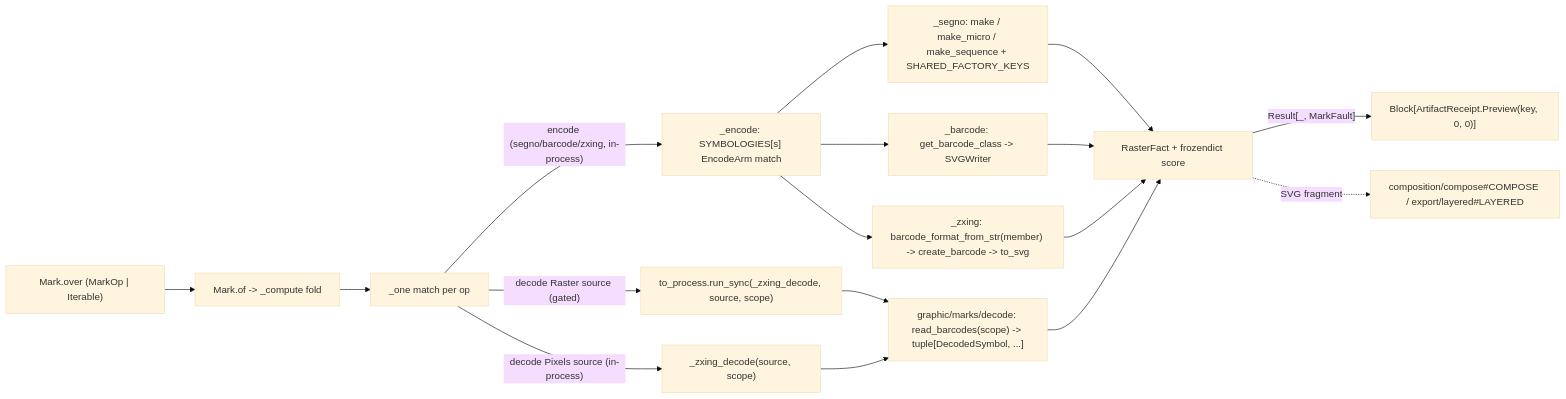
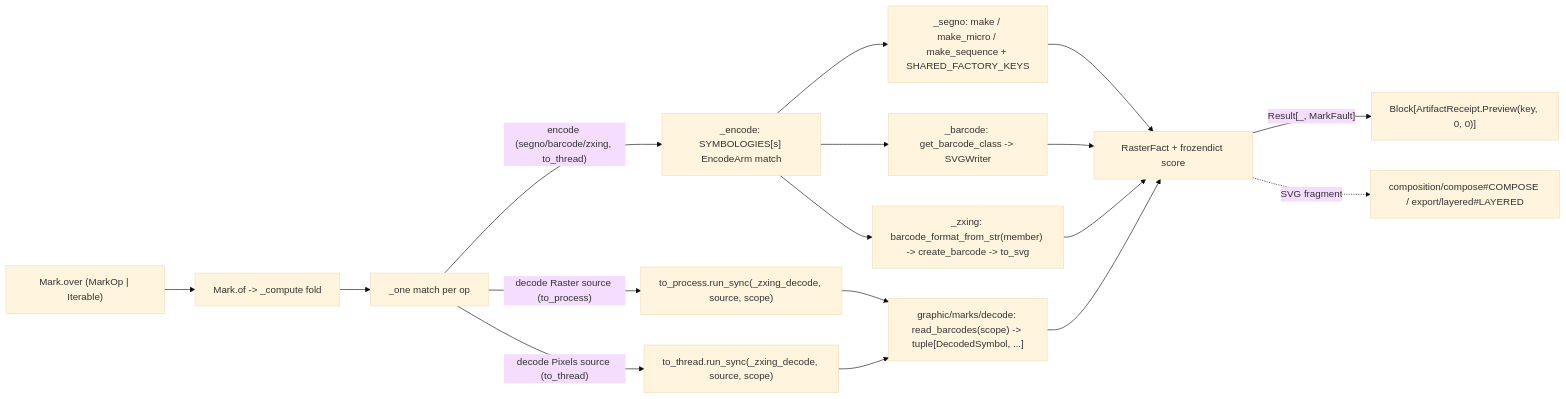
Before and after one commit to bsamiee/Rasm: the diagram in libs/python/artifacts/.planning/graphic/marks/encode.md, drawn with Mermaid (base theme). The commit also changed other lines of this file and 506 other files, not shown here.

````diff
--- a/libs/python/artifacts/.planning/graphic/marks/encode.md
+++ b/libs/python/artifacts/.planning/graphic/marks/encode.md
@@ -531,19 +527,19 @@
 ```mermaid
 flowchart LR
     Over["Mark.over (MarkOp | Iterable)"] --> Of["Mark.of -> _compute fold"]
     Of --> One["_one match per op"]
-    One -->|"encode (segno/barcode/zxing, in-process)"| Enc["_encode: SYMBOLOGIES[s] EncodeArm match"]
-    One -->|"decode Raster source (gated)"| Worker["to_process.run_sync(_zxing_decode, source, scope)"]
-    One -->|"decode Pixels source (in-process)"| Direct["_zxing_decode(source, scope)"]
+    One -->|"encode (segno/barcode/zxing, to_thread)"| Enc["_encode: SYMBOLOGIES[s] EncodeArm match"]
+    One -->|"decode Raster source (to_process)"| Worker["to_process.run_sync(_zxing_decode, source, scope)"]
+    One -->|"decode Pixels source (to_thread)"| Direct["to_thread.run_sync(_zxing_decode, source, scope)"]
     Enc --> Qr["_segno: make / make_micro / make_sequence + SHARED_FACTORY_KEYS"]
     Enc --> Bar["_barcode: get_barcode_class -> SVGWriter"]
     Enc --> Zx["_zxing: barcode_format_from_str(member) -> create_barcode -> to_svg"]
     Worker --> Dec["graphic/marks/decode: read_barcodes(scope) -> tuple[DecodedSymbol, ...]"]
     Direct --> Dec
     Qr --> Fact["RasterFact + frozendict score"]
     Bar --> Fact
     Zx --> Fact
     Dec --> Fact
     Fact -->|"Result[_, MarkFault]"| Receipt["Block[ArtifactReceipt.Preview(key, 0, 0)]"]
     Fact -.->|"SVG fragment"| Compose["composition/compose#COMPOSE / export/layered#LAYERED"]
 ```
````
